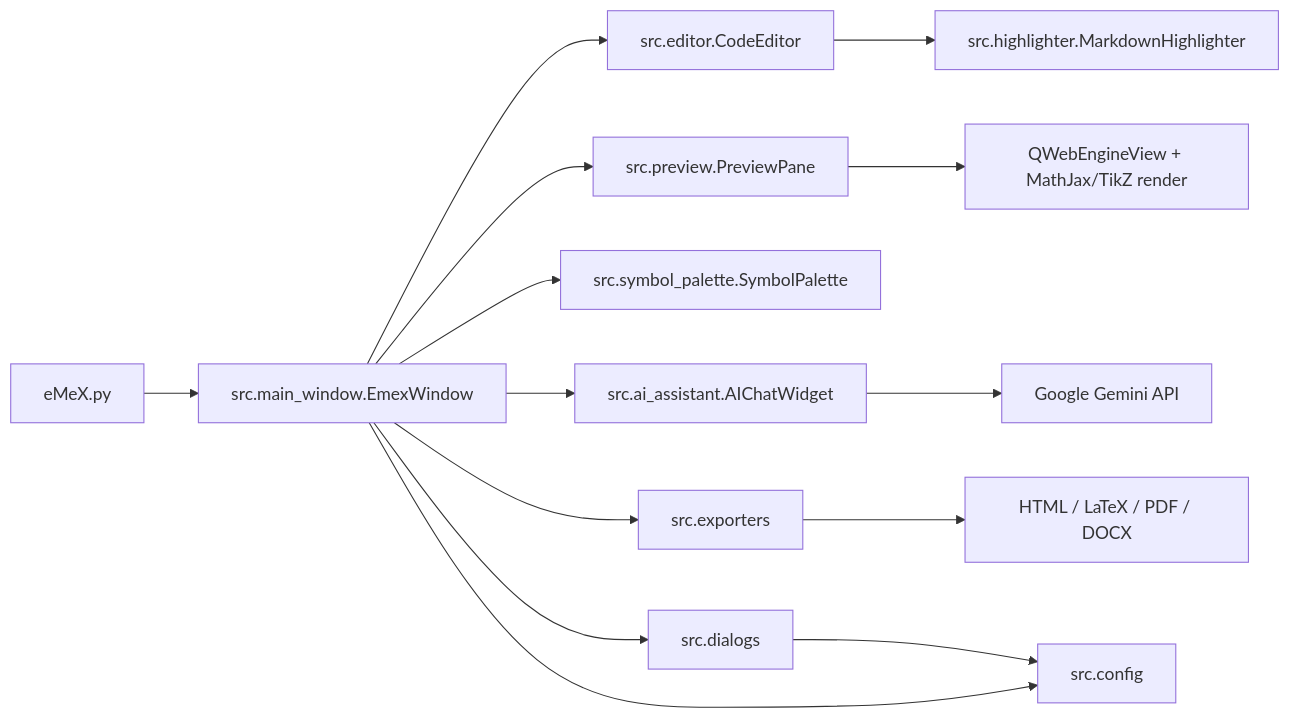
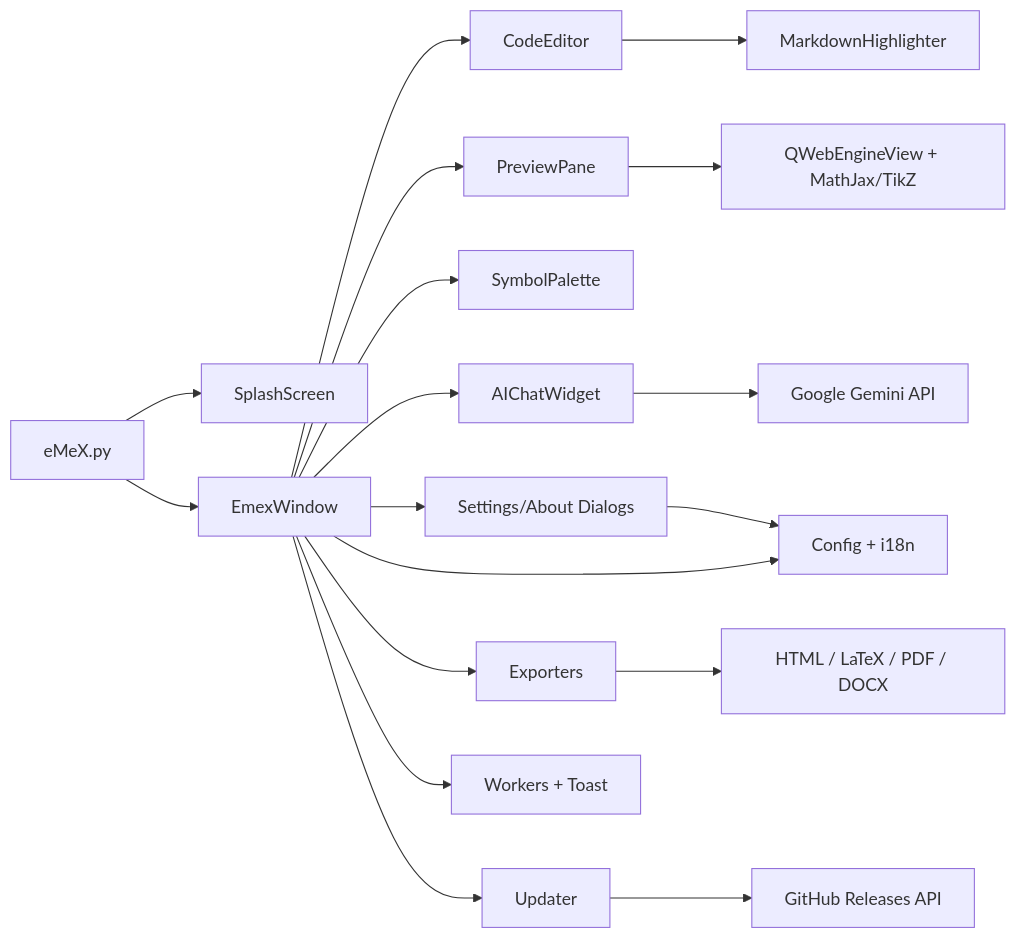
One commit to nhhai-math/eMeX changed the diagram in README.md. Above: the diagram before and after it, drawn with Mermaid. The commit also changed other lines of this file and 20 other files, not shown here.

````diff
--- a/README.md
+++ b/README.md
@@ -37,16 +43,20 @@
 ```mermaid
 flowchart LR
-    A[eMeX.py] --> B[src.main_window.EmexWindow]
-    B --> C[src.editor.CodeEditor]
-    B --> D[src.preview.PreviewPane]
-    B --> E[src.symbol_palette.SymbolPalette]
-    B --> F[src.ai_assistant.AIChatWidget]
-    B --> G[src.exporters]
-    B --> H[src.dialogs]
-    C --> I[src.highlighter.MarkdownHighlighter]
-    D --> J[QWebEngineView + MathJax/TikZ render]
-    F --> K[Google Gemini API]
-    G --> L[HTML / LaTeX / PDF / DOCX]
-    H --> M[src.config]
-    B --> M
+    A[eMeX.py] --> B[SplashScreen]
+    A --> C[EmexWindow]
+    C --> D[CodeEditor]
+    C --> E[PreviewPane]
+    C --> F[SymbolPalette]
+    C --> G[AIChatWidget]
+    C --> H[Settings/About Dialogs]
+    C --> I[Exporters]
+    C --> J[Updater]
+    C --> K[Workers + Toast]
+    D --> L[MarkdownHighlighter]
+    E --> M[QWebEngineView + MathJax/TikZ]
+    G --> N[Google Gemini API]
+    I --> O[HTML / LaTeX / PDF / DOCX]
+    J --> P[GitHub Releases API]
+    H --> Q[Config + i18n]
+    C --> Q
 ```
````
